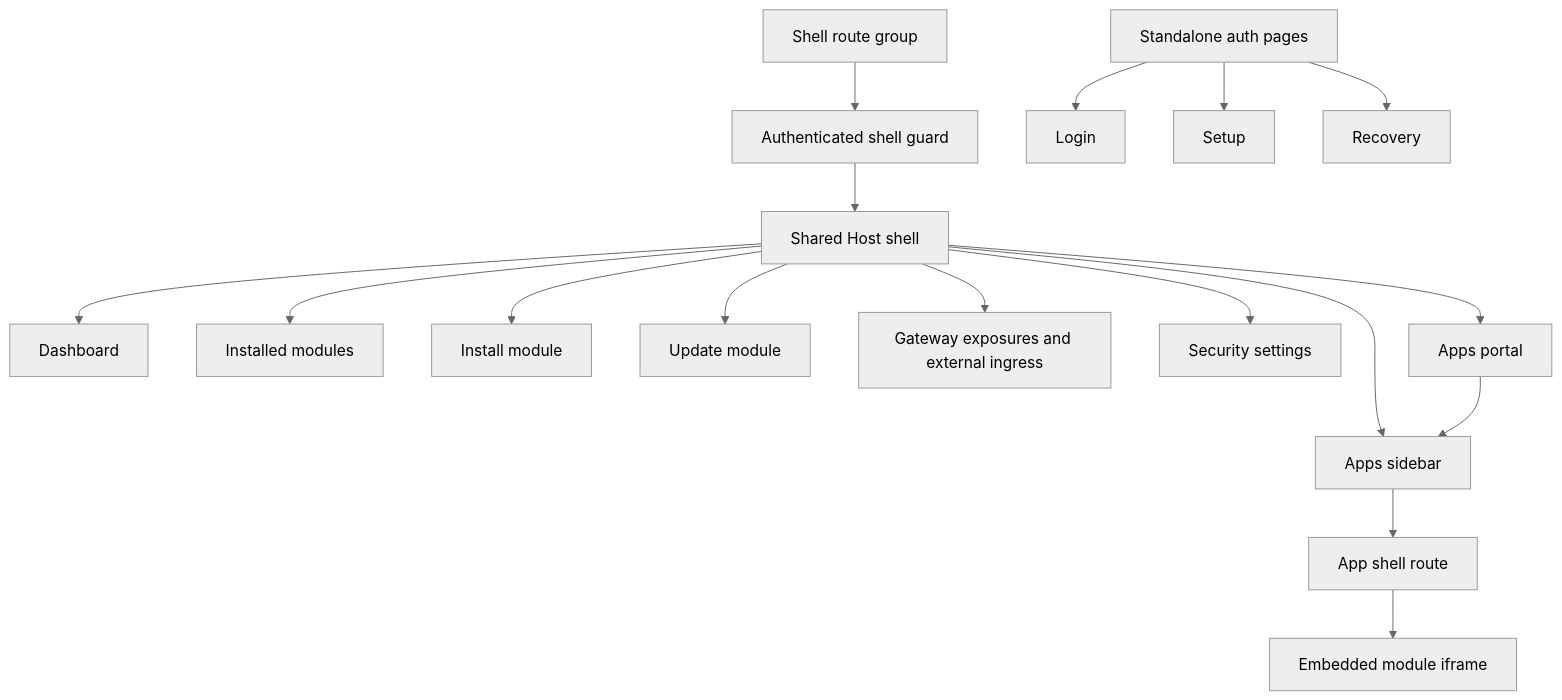
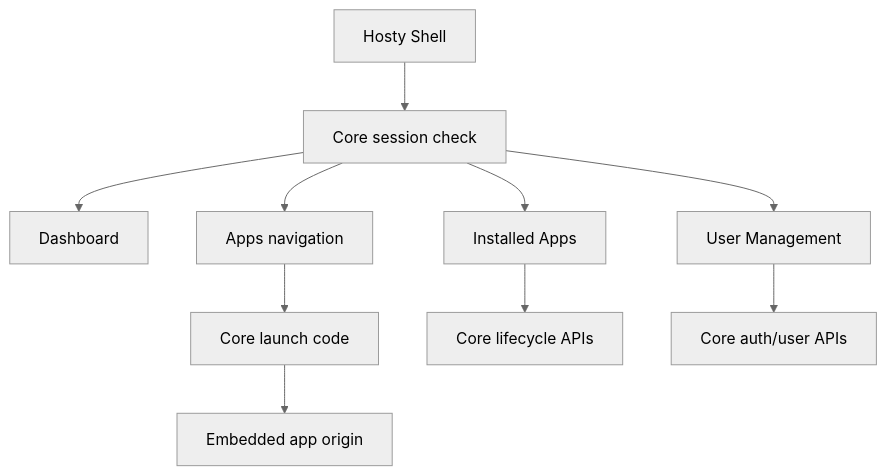
One commit to alex-de-haas/docker-host changed the diagram in docs/features/host-app-shell.md. Above: the diagram before and after it, drawn with Mermaid (neutral theme). The commit also changed other lines of this file and 302 other files, not shown here.

Commit message:
Remove legacy Host app and compatibility code

````diff
--- a/docs/features/host-app-shell.md
+++ b/docs/features/host-app-shell.md
@@ -90,19 +32,12 @@
 ```mermaid
 flowchart TD
-  A["Shell route group"] --> B["Authenticated shell guard"]
-  B --> C["Shared Host shell"]
-  C --> D["Dashboard"]
-  C --> E["Installed modules"]
-  C --> X["Install module"]
-  C --> F["Update module"]
-  C --> G["Gateway exposures and external ingress"]
-  C --> H["Security settings"]
-  C --> M["Apps sidebar"]
-  C --> P["Apps portal"]
-  P --> M
-  M --> N["App shell route"]
-  N --> O["Embedded module iframe"]
-  I["Standalone auth pages"] --> J["Login"]
-  I --> K["Setup"]
-  I --> L["Recovery"]
+  A["Hosty Shell"] --> B["Core session check"]
+  B --> C["Dashboard"]
+  B --> D["Installed Apps"]
+  B --> E["User Management"]
+  B --> F["Apps navigation"]
+  F --> G["Core launch code"]
+  G --> H["Embedded app origin"]
+  D --> I["Core lifecycle APIs"]
+  E --> J["Core auth/user APIs"]
 ```
````
